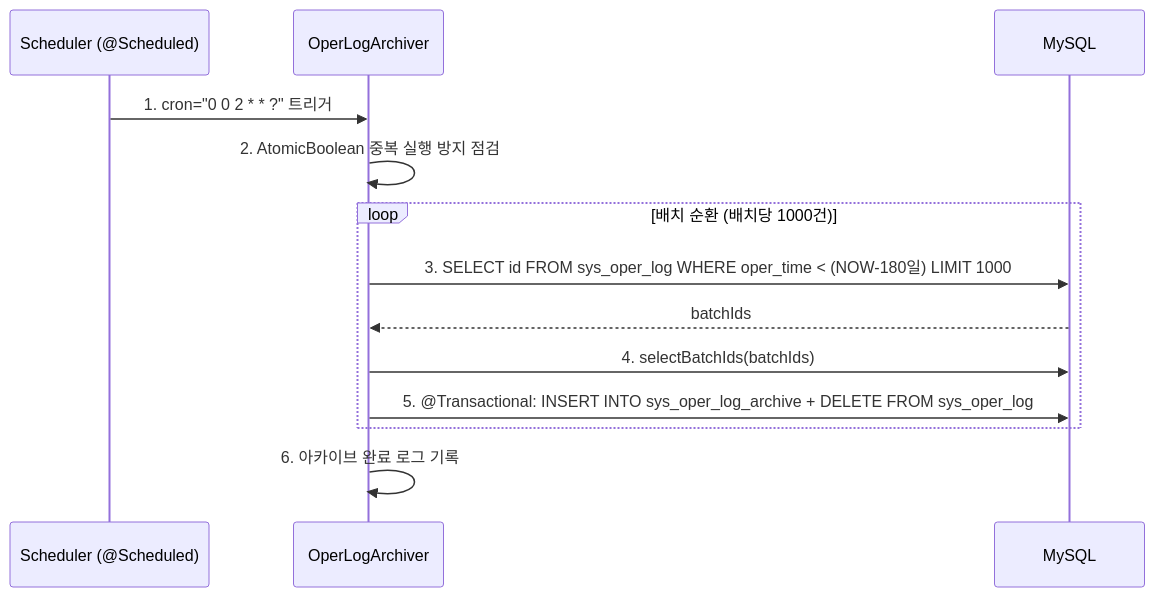
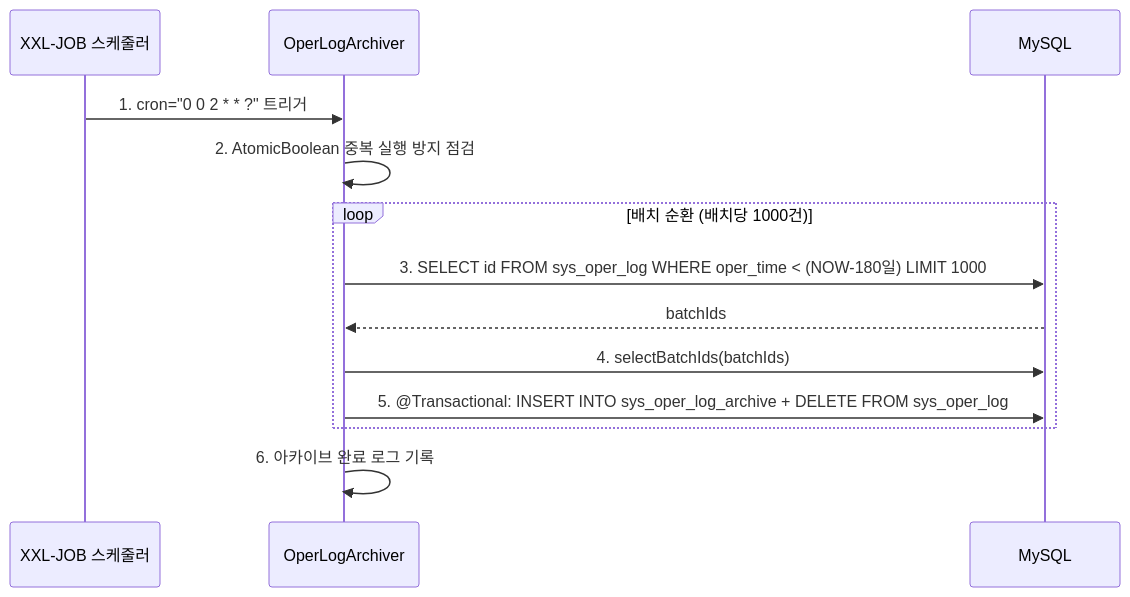
Before and after one commit to wang-baohai/Omni-Stack: the tenth of 19 diagrams in docs/core-flows.kr.md, drawn with Mermaid. The commit also changed other lines of this file and 1443 other files, not shown here.

````diff
--- a/docs/core-flows.kr.md
+++ b/docs/core-flows.kr.md
@@ -1244,16 +1244,16 @@
 ```mermaid
 sequenceDiagram
-    participant S as Scheduler (@Scheduled)
+    participant S as XXL-JOB 스케줄러
     participant Arc as OperLogArchiver
     participant M as MySQL
 
     S->>Arc: 1. cron="0 0 2 * * ?" 트리거
     Arc->>Arc: 2. AtomicBoolean 중복 실행 방지 점검
     loop 배치 순환 (배치당 1000건)
         Arc->>M: 3. SELECT id FROM sys_oper_log WHERE oper_time < (NOW-180일) LIMIT 1000
         M-->>Arc: batchIds
         Arc->>M: 4. selectBatchIds(batchIds)
         Arc->>M: 5. @Transactional: INSERT INTO sys_oper_log_archive + DELETE FROM sys_oper_log
     end
     Arc->>Arc: 6. 아카이브 완료 로그 기록
 ```
````
